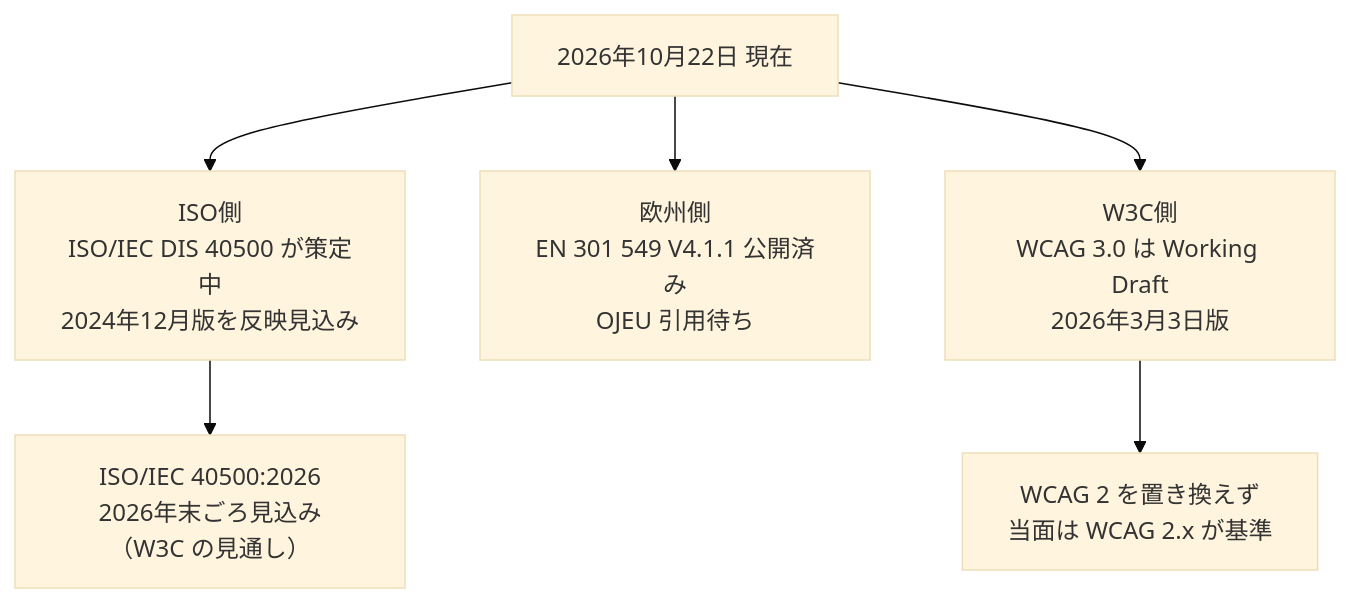
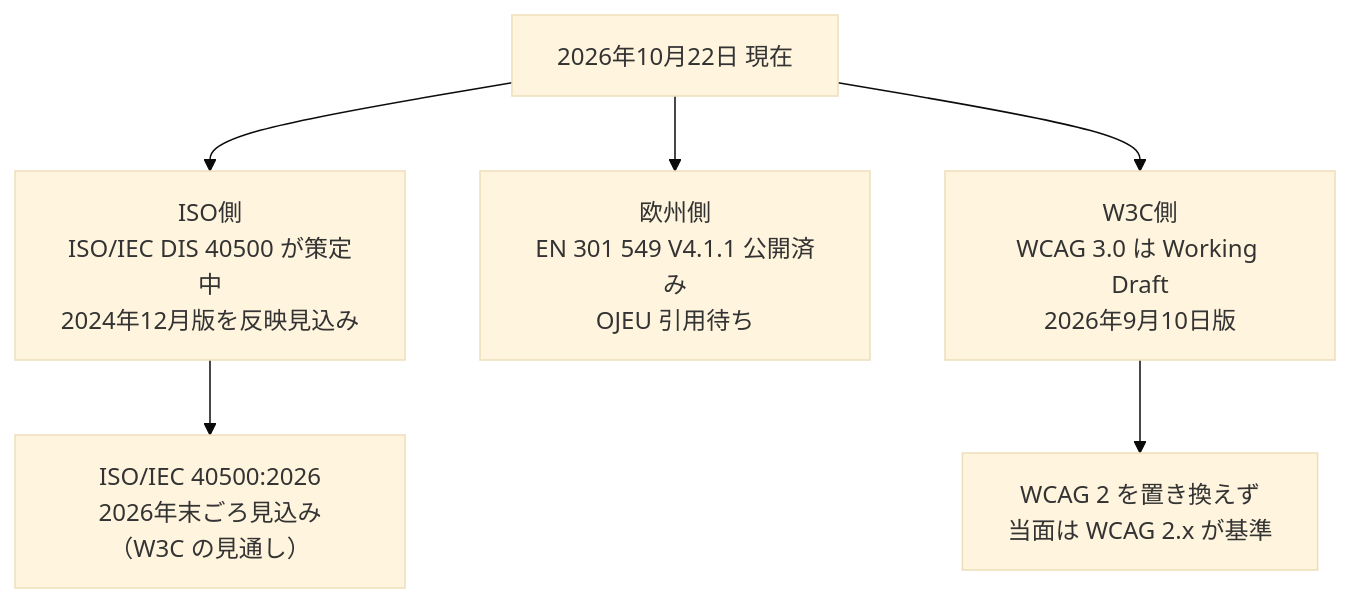
The ninth of 9 diagrams in Iso-iec-40500-2025-guide.md (myoshi2891/Quality-Assurance-Studies), drawn with Mermaid (base theme) before and after one commit. The commit also changed other lines of this file and 1 other file, not shown here.

Commit message:
docs(accessibility): ISO/IEC 40500 (WCAG 2.2) および ISO/TS 25558 ガイドのレビュー指摘を反映

````diff
--- a/Iso-iec-40500-2025-guide.md
+++ b/Iso-iec-40500-2025-guide.md
@@ -430,8 +430,8 @@
 ```mermaid
 flowchart TD
     NOW["2026年10月22日 現在"] --> A["ISO側<br/>ISO/IEC DIS 40500 が策定中<br/>2024年12月版を反映見込み"]
     NOW --> B["欧州側<br/>EN 301 549 V4.1.1 公開済み<br/>OJEU 引用待ち"]
-    NOW --> C["W3C側<br/>WCAG 3.0 は Working Draft<br/>2026年3月3日版"]
+    NOW --> C["W3C側<br/>WCAG 3.0 は Working Draft<br/>2026年9月10日版"]
     A --> A2["ISO/IEC 40500:2026<br/>2026年末ごろ見込み（W3C の見通し）"]
     C --> C2["WCAG 2 を置き換えず<br/>当面は WCAG 2.x が基準"]
 ```
````
